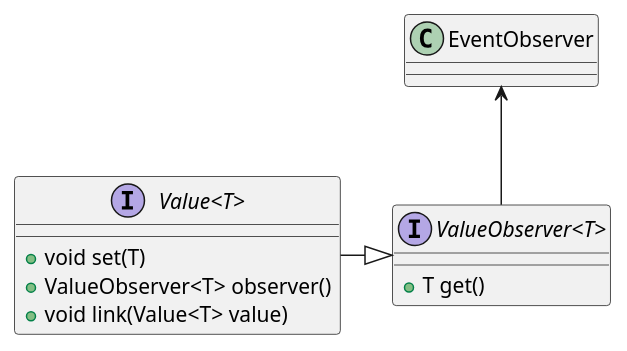
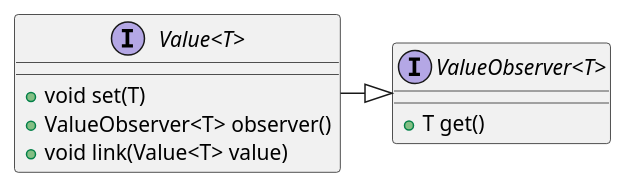
Before and after one commit to codion-is/codion: the second of 3 diagrams in documentation/src/docs/asciidoc/manual/common-core.adoc, drawn with PlantUML. The commit also changed 5 other files, not shown here.

```diff
--- a/documentation/src/docs/asciidoc/manual/common-core.adoc
+++ b/documentation/src/docs/asciidoc/manual/common-core.adoc
@@ -53,17 +53,16 @@
 [plantuml, value-diagram, svg, align=center]
 -------------------------------------------
 skinparam genericDisplay old
 
 interface Value<T> {
     +void set(T)
     +ValueObserver<T> observer()
     +void link(Value<T> value)
 }
 
 interface ValueObserver<T> {
     +T get()
 }
 
 Value -|> ValueObserver
-EventObserver <-- ValueObserver
 -------------------------------------------
```
